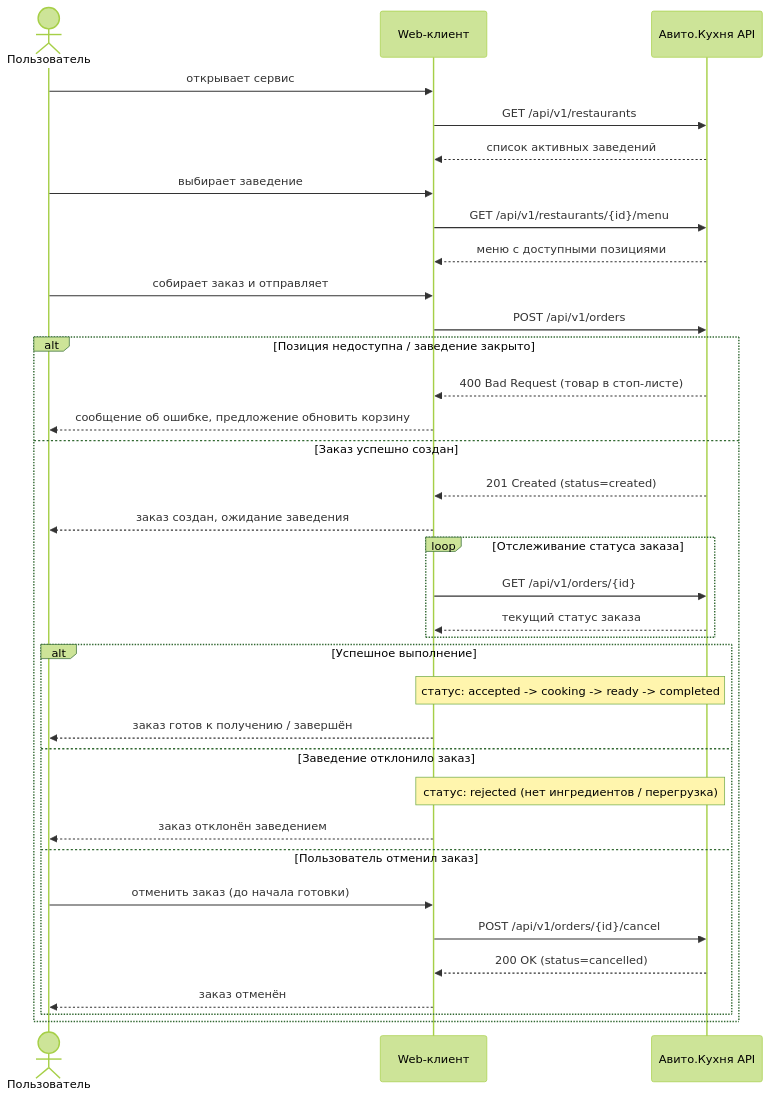
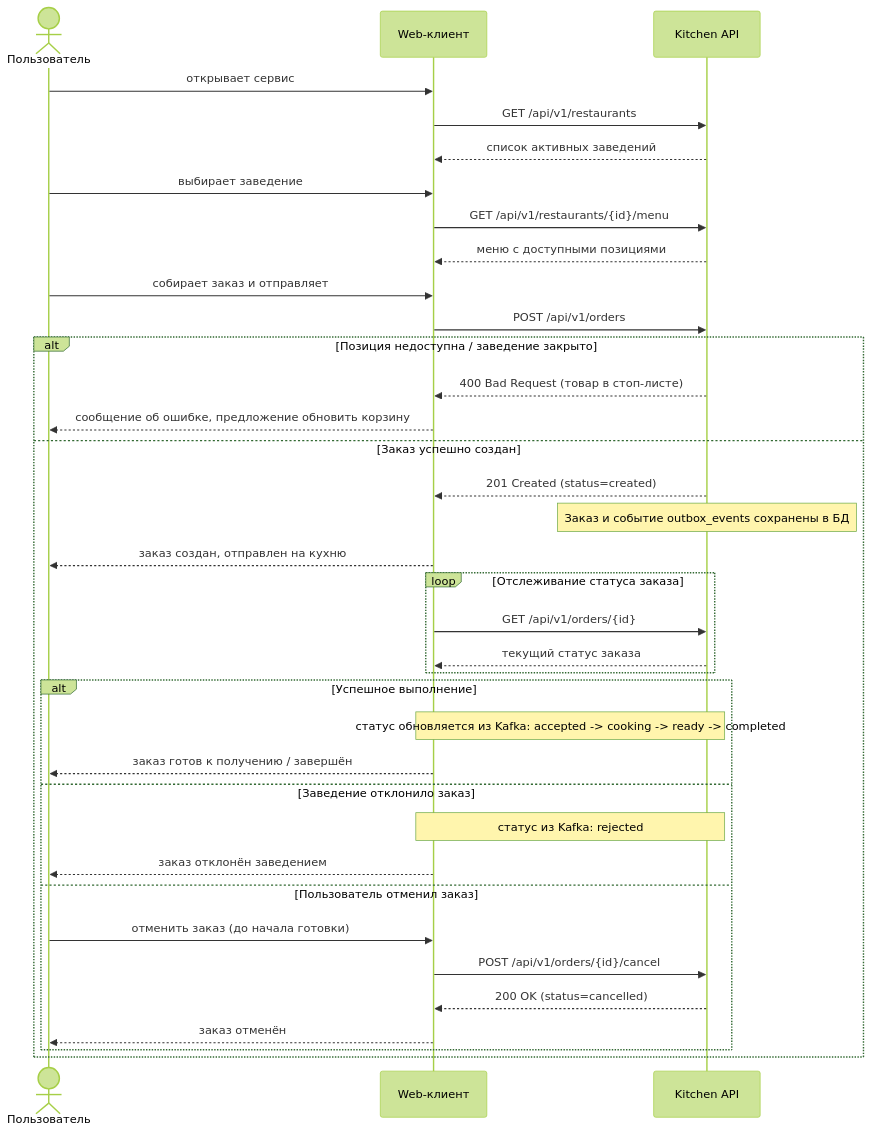
The diagram in docs/cjm-user.md (R0uT3r52/kitchen-api), drawn with Mermaid (forest theme) before and after one commit. The commit also changed other lines of this file and 5 other files, not shown here.

````diff
--- a/docs/cjm-user.md
+++ b/docs/cjm-user.md
@@ -5,43 +5,44 @@
 ```mermaid
 sequenceDiagram
     actor U as Пользователь
     participant C as Web-клиент
-    participant A as Авито.Кухня API
+    participant A as Kitchen API
 
     U->>C: открывает сервис
     C->>A: GET /api/v1/restaurants
     A-->>C: список активных заведений
 
     U->>C: выбирает заведение
     C->>A: GET /api/v1/restaurants/{id}/menu
     A-->>C: меню с доступными позициями
 
     U->>C: собирает заказ и отправляет
     C->>A: POST /api/v1/orders
 
     alt Позиция недоступна / заведение закрыто
         A-->>C: 400 Bad Request (товар в стоп-листе)
         C-->>U: сообщение об ошибке, предложение обновить корзину
     else Заказ успешно создан
         A-->>C: 201 Created (status=created)
-        C-->>U: заказ создан, ожидание заведения
+        Note over A: Заказ и событие outbox_events сохранены в БД
+        C-->>U: заказ создан, отправлен на кухню
 
         loop Отслеживание статуса заказа
             C->>A: GET /api/v1/orders/{id}
             A-->>C: текущий статус заказа
         end
 
         alt Успешное выполнение
-            Note over A,C: статус: accepted -> cooking -> ready -> completed
+            Note over A,C: статус обновляется из Kafka: accepted -> cooking -> ready -> completed
             C-->>U: заказ готов к получению / завершён
         else Заведение отклонило заказ
-            Note over A,C: статус: rejected (нет ингредиентов / перегрузка)
+            Note over A,C: статус из Kafka: rejected
             C-->>U: заказ отклонён заведением
         else Пользователь отменил заказ
             U->>C: отменить заказ (до начала готовки)
             C->>A: POST /api/v1/orders/{id}/cancel
             A-->>C: 200 OK (status=cancelled)
             C-->>U: заказ отменён
         end
     end
 ```
````
